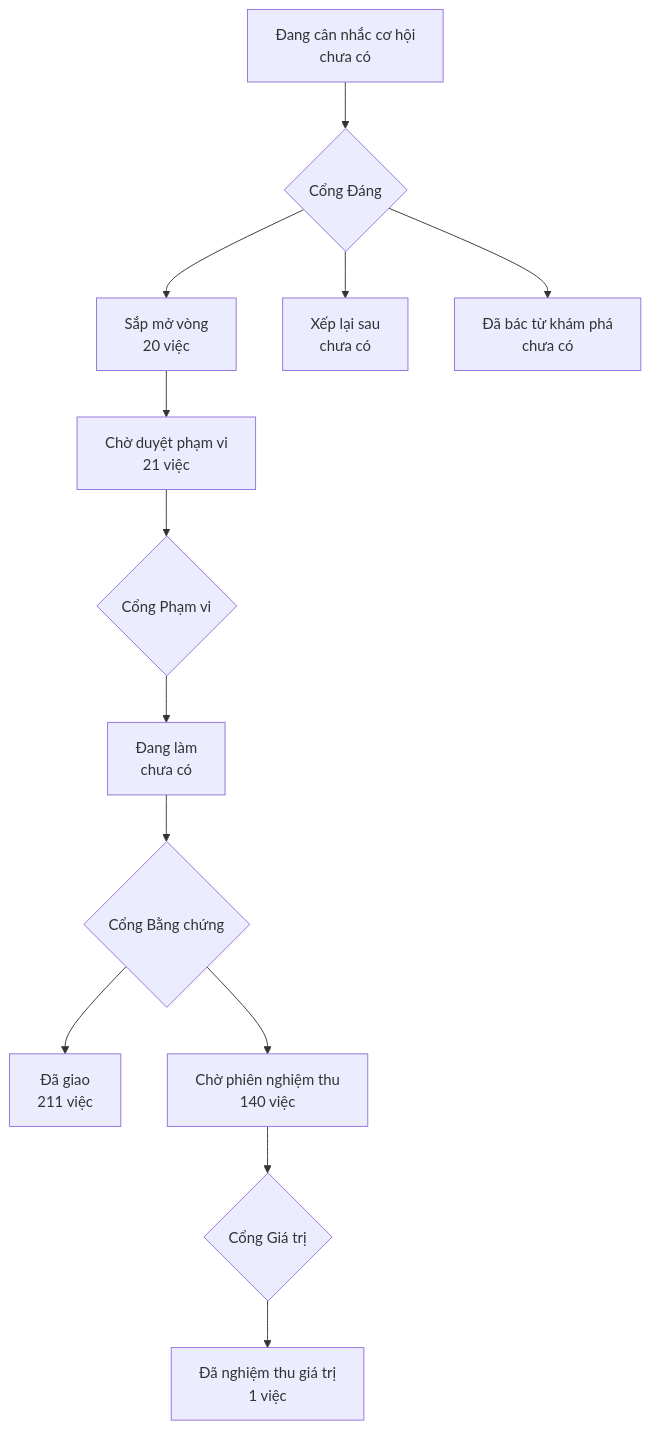
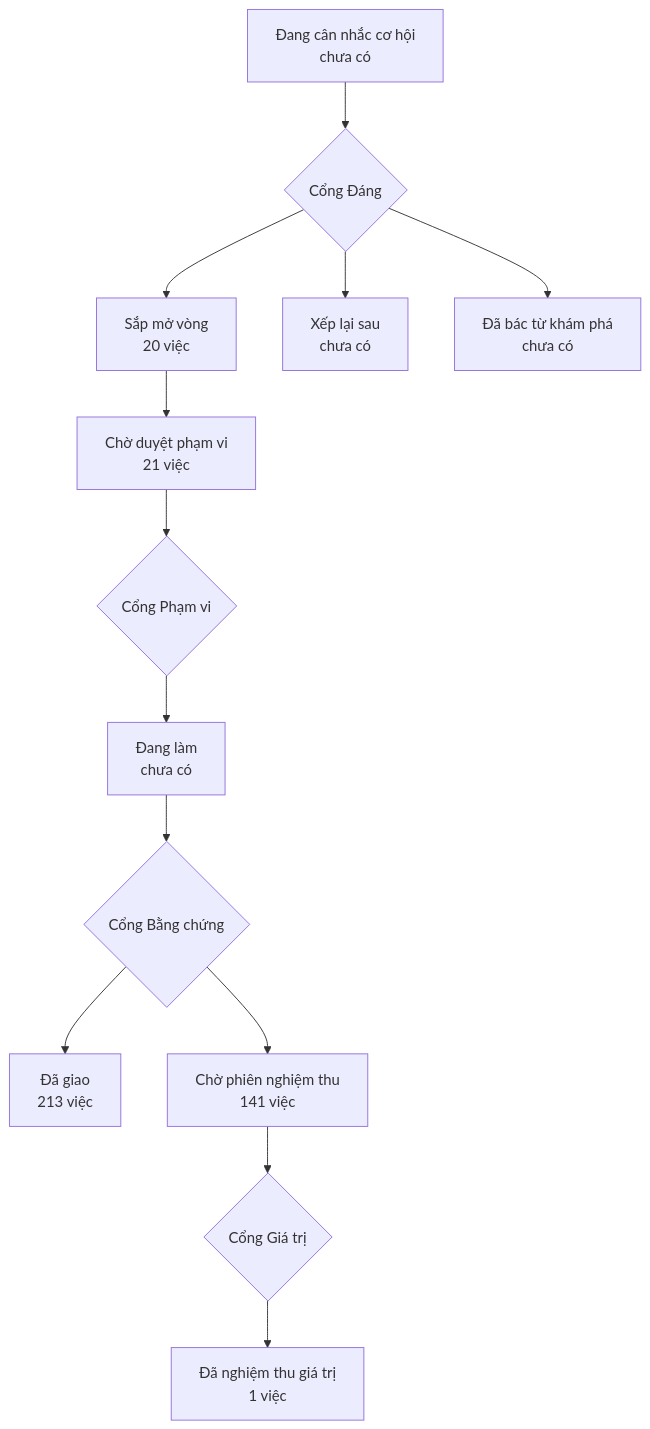
Before and after one commit to phanlemanh/onehub-invest: the diagram in PRODUCT-MAP.md, drawn with Mermaid. The commit also changed other lines of this file and 1 other file, not shown here.

Commit message:
docs(acceptance): vẽ lại bản đồ sản phẩm sau khi nhận main

````diff
--- a/PRODUCT-MAP.md
+++ b/PRODUCT-MAP.md
@@ -7,12 +7,12 @@
 ```mermaid
 flowchart TD
   A["Đang cân nhắc cơ hội<br/>chưa có"] --> GD{"Cổng Đáng"}
   GD --> B["Sắp mở vòng<br/>20 việc"]
   GD --> XL["Xếp lại sau<br/>chưa có"]
   GD --> DB["Đã bác từ khám phá<br/>chưa có"]
   B --> CD["Chờ duyệt phạm vi<br/>21 việc"] --> GP{"Cổng Phạm vi"}
   GP --> DL["Đang làm<br/>chưa có"] --> GB{"Cổng Bằng chứng"}
-  GB --> DG["Đã giao<br/>211 việc"]
-  GB --> CN["Chờ phiên nghiệm thu<br/>140 việc"] --> GG{"Cổng Giá trị"}
+  GB --> DG["Đã giao<br/>213 việc"]
+  GB --> CN["Chờ phiên nghiệm thu<br/>141 việc"] --> GG{"Cổng Giá trị"}
   GG --> NT["Đã nghiệm thu giá trị<br/>1 việc"]
 ```
````
